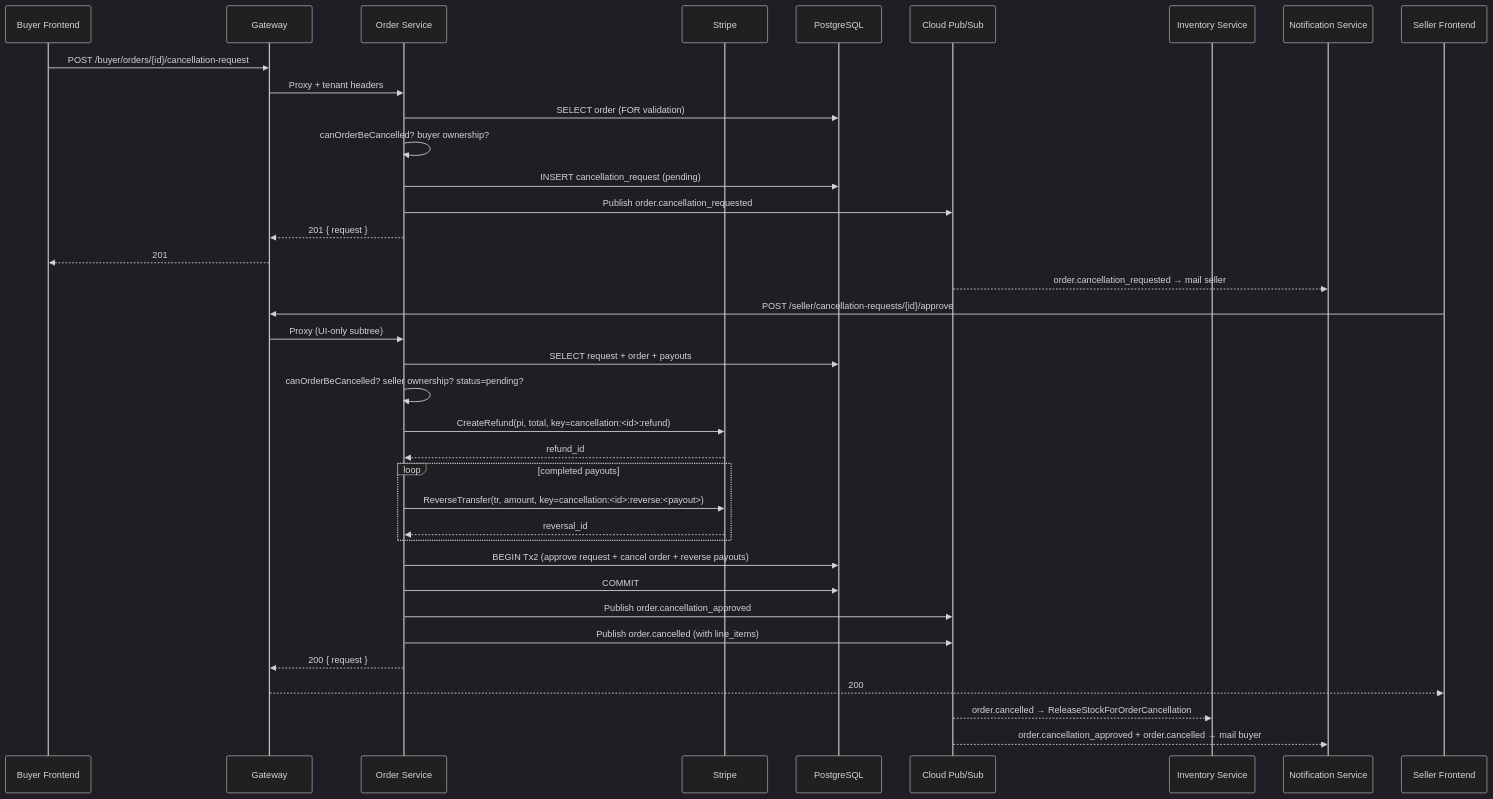
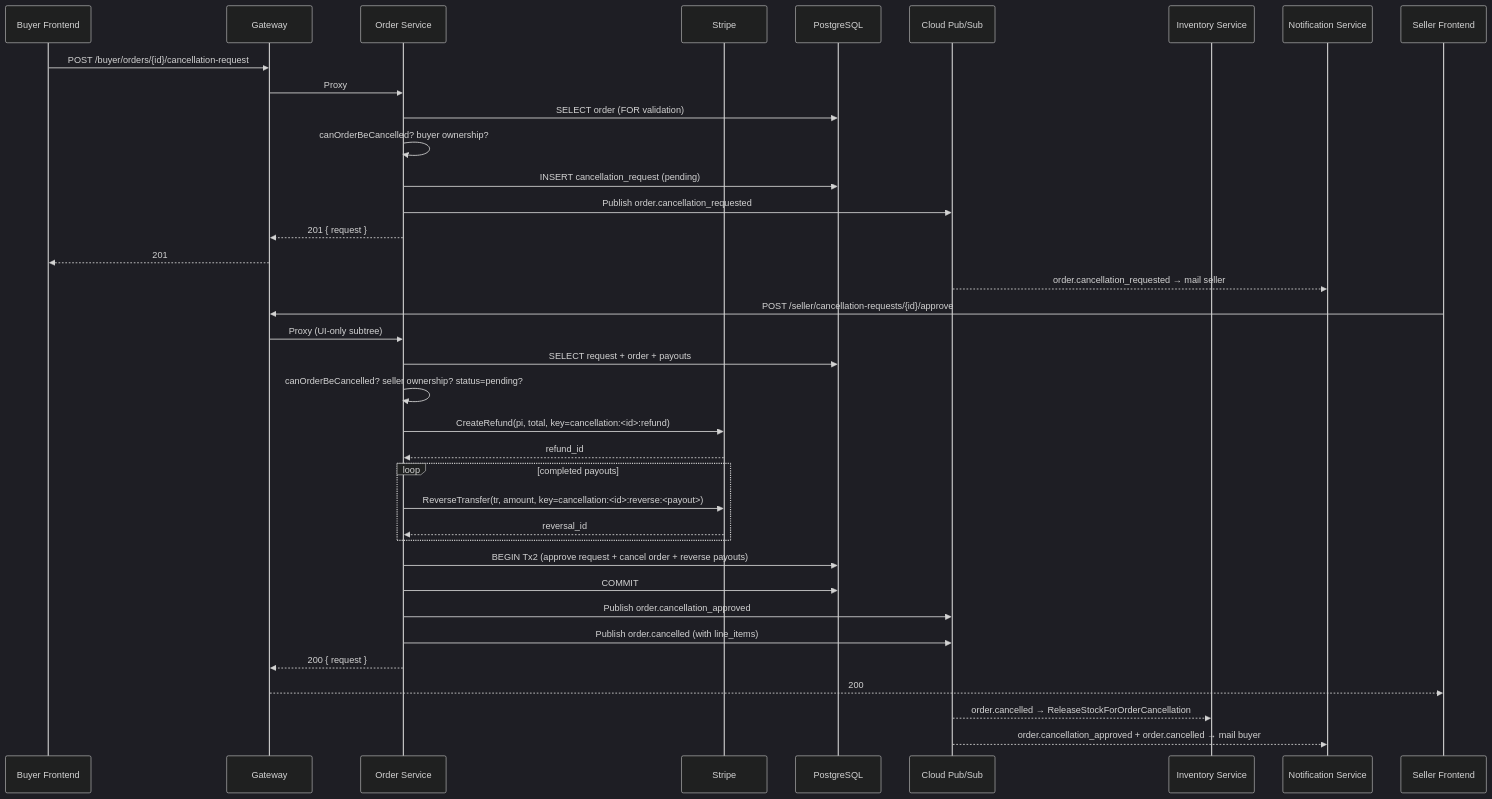
The first of 3 diagrams in docs/order-cancellation.md (rick2200-dev/ec-test), drawn with Mermaid (dark theme) before and after one commit. The commit also changed other lines of this file and 229 other files, not shown here.

````diff
--- a/docs/order-cancellation.md
+++ b/docs/order-cancellation.md
@@ -111,41 +109,41 @@
 ```mermaid
 sequenceDiagram
     participant Buyer as Buyer Frontend
     participant GW as Gateway
     participant Order as Order Service
     participant Stripe
     participant DB as PostgreSQL
     participant PubSub as Cloud Pub/Sub
     participant Inv as Inventory Service
     participant Notif as Notification Service
     participant Seller as Seller Frontend
 
     Buyer->>GW: POST /buyer/orders/{id}/cancellation-request
-    GW->>Order: Proxy + tenant headers
+    GW->>Order: Proxy
     Order->>DB: SELECT order (FOR validation)
     Order->>Order: canOrderBeCancelled? buyer ownership?
     Order->>DB: INSERT cancellation_request (pending)
     Order->>PubSub: Publish order.cancellation_requested
     Order-->>GW: 201 { request }
     GW-->>Buyer: 201
     PubSub-->>Notif: order.cancellation_requested → mail seller
 
     Seller->>GW: POST /seller/cancellation-requests/{id}/approve
     GW->>Order: Proxy (UI-only subtree)
     Order->>DB: SELECT request + order + payouts
     Order->>Order: canOrderBeCancelled? seller ownership? status=pending?
     Order->>Stripe: CreateRefund(pi, total, key=cancellation:<id>:refund)
     Stripe-->>Order: refund_id
     loop completed payouts
         Order->>Stripe: ReverseTransfer(tr, amount, key=cancellation:<id>:reverse:<payout>)
         Stripe-->>Order: reversal_id
     end
     Order->>DB: BEGIN Tx2 (approve request + cancel order + reverse payouts)
     Order->>DB: COMMIT
     Order->>PubSub: Publish order.cancellation_approved
     Order->>PubSub: Publish order.cancelled (with line_items)
     Order-->>GW: 200 { request }
     GW-->>Seller: 200
     PubSub-->>Inv: order.cancelled → ReleaseStockForOrderCancellation
     PubSub-->>Notif: order.cancellation_approved + order.cancelled → mail buyer
 ```
````
